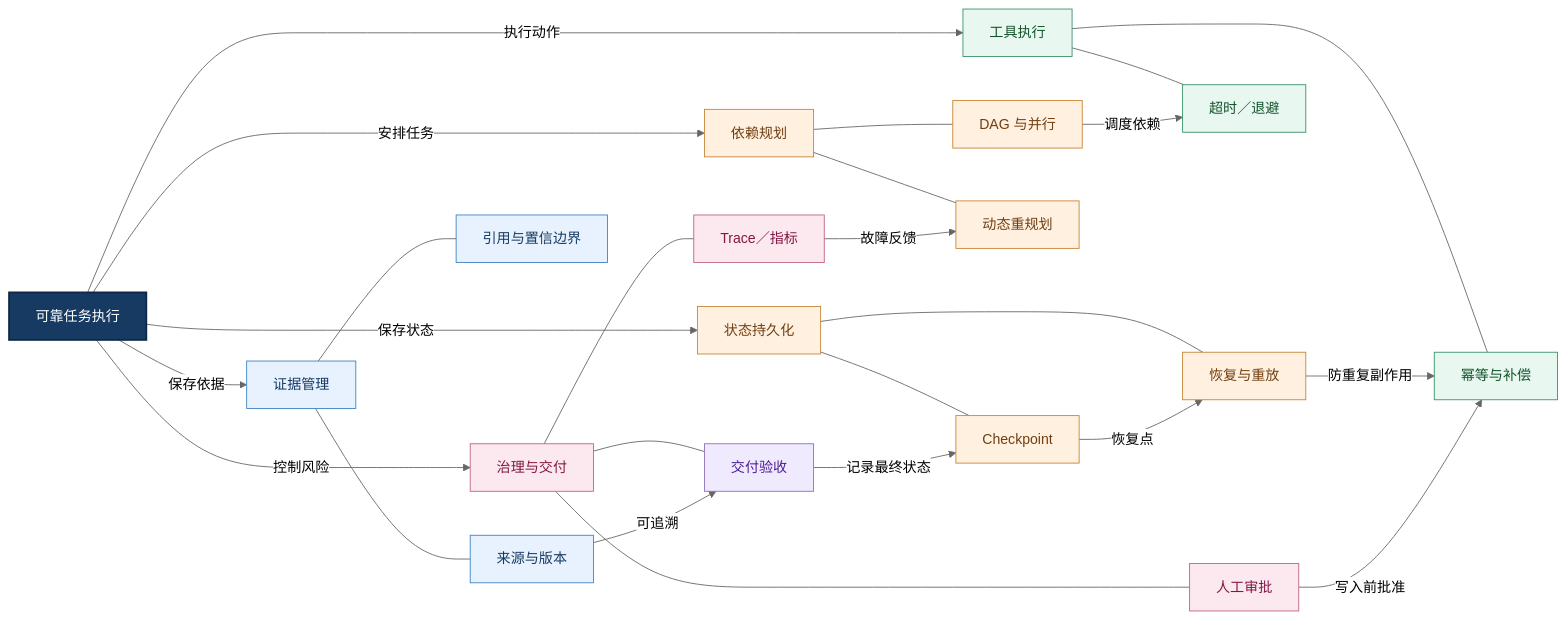
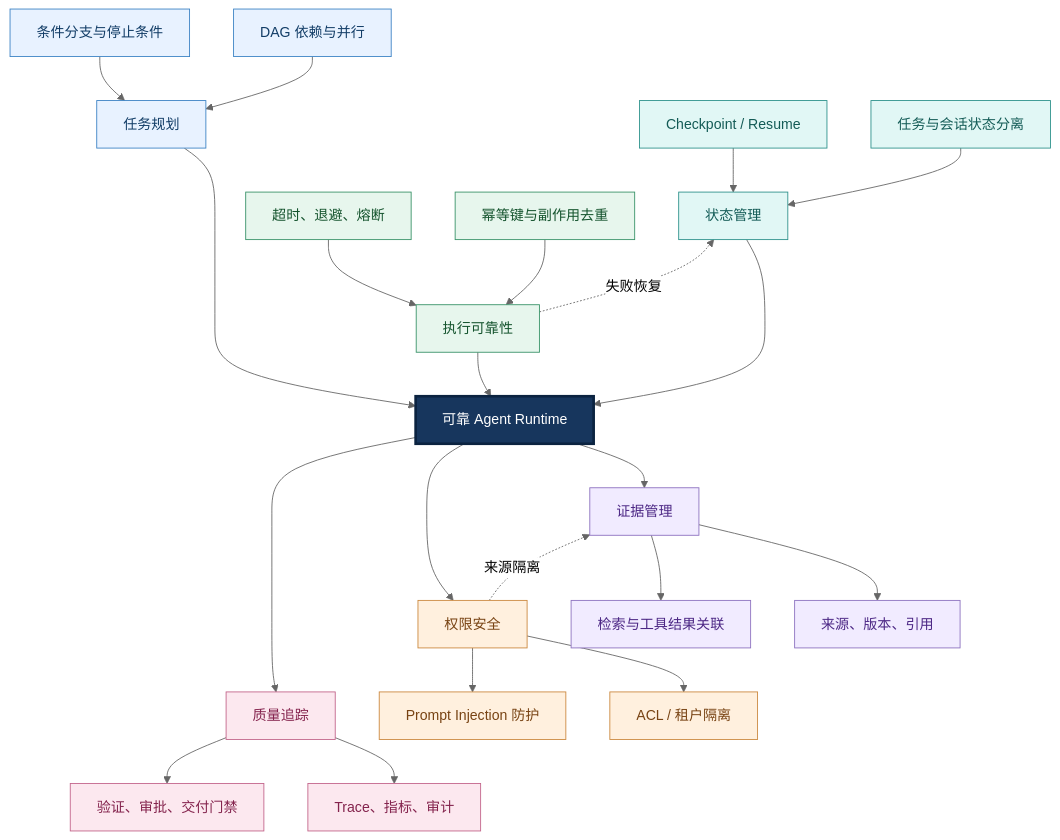
The fifth of 7 diagrams in 05-Agent-Knowledge-and-Tools/README.md (shufu151/Agent-Engineering-Handbook), drawn with Mermaid (neutral theme) before and after one commit. The commit also changed other lines of this file, not shown here.

````diff
--- a/05-Agent-Knowledge-and-Tools/README.md
+++ b/05-Agent-Knowledge-and-Tools/README.md
@@ -286,55 +305,60 @@
 ```mermaid
-flowchart LR
-    C["可靠任务执行"]
-    PL["依赖规划"]
-    ST["状态持久化"]
-    EX["工具执行"]
-    EV["证据管理"]
-    GV["治理与交付"]
-    PL1["DAG 与并行"]
-    PL2["动态重规划"]
-    ST1["Checkpoint"]
-    ST2["恢复与重放"]
-    EX1["超时／退避"]
-    EX2["幂等与补偿"]
-    EV1["来源与版本"]
-    EV2["引用与置信边界"]
-    GV1["人工审批"]
-    GV2["Trace／指标"]
-    GV3["交付验收"]
-    C -->|安排任务| PL
-    C -->|保存状态| ST
-    C -->|执行动作| EX
-    C -->|保存依据| EV
-    C -->|控制风险| GV
-    PL --- PL1
-    PL --- PL2
-    ST --- ST1
-    ST --- ST2
-    EX --- EX1
-    EX --- EX2
-    EV --- EV1
-    EV --- EV2
-    GV --- GV1
-    GV --- GV2
-    GV --- GV3
-    PL1 -->|调度依赖| EX1
-    ST1 -->|恢复点| ST2
-    ST2 -->|防重复副作用| EX2
-    EV1 -->|可追溯| GV3
-    GV1 -->|写入前批准| EX2
-    GV2 -->|故障反馈| PL2
-    GV3 -->|记录最终状态| ST1
-    classDef core fill:#163a62,stroke:#0d2744,color:#fff,stroke-width:2px
-    classDef know fill:#e8f2ff,stroke:#3b82c4,color:#163a62
-    classDef tool fill:#e8f7ef,stroke:#389268,color:#14532d
-    classDef control fill:#fff0df,stroke:#c78535,color:#713f12
-    classDef guard fill:#fce8ef,stroke:#bf6284,color:#831843
-    classDef result fill:#f0eaff,stroke:#8b6dbb,color:#4c1d95
-    class C core
-    class PL,PL1,PL2,ST,ST1,ST2 control
-    class EX,EX1,EX2 tool
-    class EV,EV1,EV2 know
-    class GV,GV1,GV2 guard
-    class GV3 result
+flowchart TB
+    ROOT["可靠 Agent Runtime"]
+    SA["任务规划"]
+    SA1["DAG 依赖与并行"]
+    SA2["条件分支与停止条件"]
+    SB["状态管理"]
+    SB1["Checkpoint / Resume"]
+    SB2["任务与会话状态分离"]
+    SC["执行可靠性"]
+    SC1["超时、退避、熔断"]
+    SC2["幂等键与副作用去重"]
+    SD["证据管理"]
+    SD1["来源、版本、引用"]
+    SD2["检索与工具结果关联"]
+    SE["权限安全"]
+    SE1["ACL / 租户隔离"]
+    SE2["Prompt Injection 防护"]
+    SF["质量追踪"]
+    SF1["Trace、指标、审计"]
+    SF2["验证、审批、交付门禁"]
+    SA --> ROOT
+    SA1 --> SA
+    SA2 --> SA
+    SB --> ROOT
+    SB1 --> SB
+    SB2 --> SB
+    SC --> ROOT
+    SC1 --> SC
+    SC2 --> SC
+    ROOT --> SD
+    SD --> SD1
+    SD --> SD2
+    ROOT --> SE
+    SE --> SE1
+    SE --> SE2
+    ROOT --> SF
+    SF --> SF1
+    SF --> SF2
+    SA ~~~ SB
+    SB ~~~ SC
+    SD ~~~ SE
+    SE ~~~ SF
+    SC -. "失败恢复" .-> SB
+    SE -. "来源隔离" .-> SD
+    classDef core fill:#17365d,stroke:#0b2340,color:#ffffff,stroke-width:3px
+    classDef blue fill:#e8f2ff,stroke:#3b82c4,color:#123d67
+    classDef green fill:#e7f6ed,stroke:#389268,color:#14532d
+    classDef orange fill:#fff0de,stroke:#cb883e,color:#784313
+    classDef purple fill:#f1ebff,stroke:#8c71bf,color:#4c2785
+    classDef pink fill:#fce8ef,stroke:#c2648a,color:#84234d
+    classDef teal fill:#e1f7f5,stroke:#2d918b,color:#135b56
+    class ROOT core
+    class SA,SA1,SA2 blue
+    class SB,SB1,SB2 teal
+    class SC,SC1,SC2 green
+    class SD,SD1,SD2 purple
+    class SE,SE1,SE2 orange
+    class SF,SF1,SF2 pink
 ```
````
